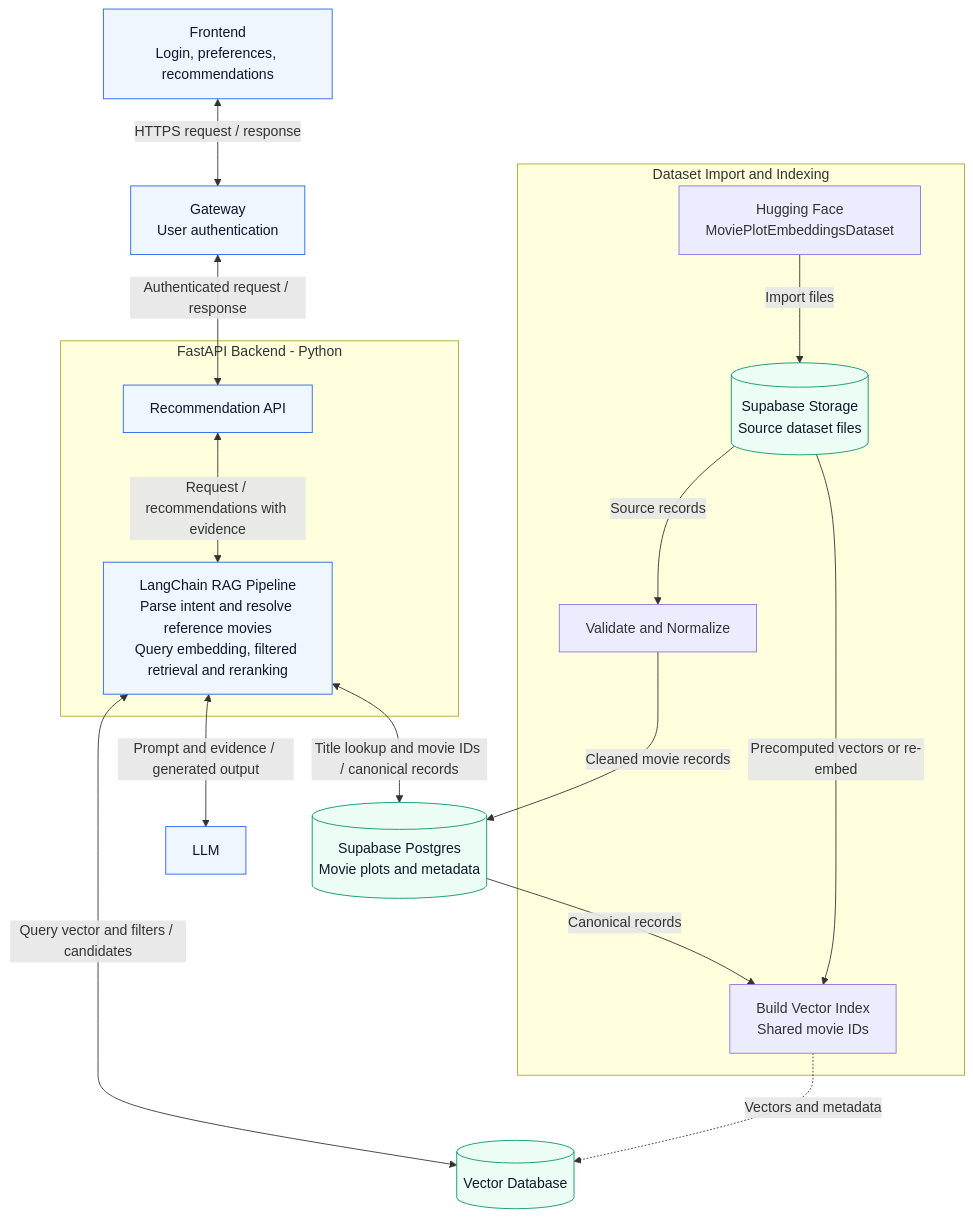
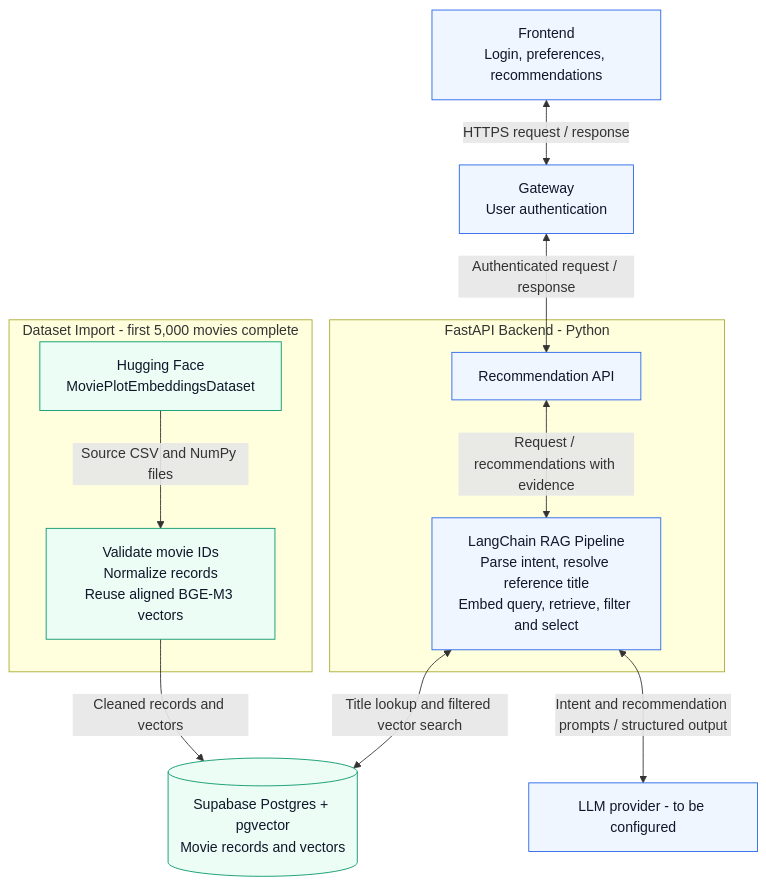
The diagram in docs/project-plan.md (Ed1sonL1-byte/v-me-50), drawn with Mermaid before and after one commit. The commit also changed other lines of this file and 22 other files, not shown here.

Commit message:
Implement LangChain movie recommendation core and Supabase catalog

````diff
--- a/docs/project-plan.md
+++ b/docs/project-plan.md
@@ -18,33 +18,26 @@
 ```mermaid
 flowchart TB
     frontend["Frontend<br/>Login, preferences, recommendations"]
     gateway["Gateway<br/>User authentication"]
     subgraph backend["FastAPI Backend - Python"]
         api["Recommendation API"]
-        chain["LangChain RAG Pipeline<br/>Parse intent and resolve reference movies<br/>Query embedding, filtered retrieval and reranking"]
+        chain["LangChain RAG Pipeline<br/>Parse intent, resolve reference title<br/>Embed query, retrieve, filter and select"]
         api <-->|Request / recommendations with evidence| chain
     end
     frontend <-->|HTTPS request / response| gateway
     gateway <-->|Authenticated request / response| api
-    chain <-->|Query vector and filters / candidates| vector[("Vector Database")]
-    chain <-->|Prompt and evidence / generated output| llm["LLM"]
-    chain <-->|Title lookup and movie IDs / canonical records| postgres[("Supabase Postgres<br/>Movie plots and metadata")]
+    chain <-->|Title lookup and filtered vector search| postgres[("Supabase Postgres + pgvector<br/>Movie records and vectors")]
+    chain <-->|Intent and recommendation prompts / structured output| llm["LLM provider - to be configured"]
 
-    subgraph ingestion["Dataset Import and Indexing"]
+    subgraph ingestion["Dataset Import - first 5,000 movies complete"]
         dataset["Hugging Face<br/>MoviePlotEmbeddingsDataset"]
-        storage[("Supabase Storage<br/>Source dataset files")]
-        clean["Validate and Normalize"]
-        indexer["Build Vector Index<br/>Shared movie IDs"]
-        dataset -->|Import files| storage
-        storage -->|Source records| clean
+        clean["Validate movie IDs<br/>Normalize records<br/>Reuse aligned BGE-M3 vectors"]
+        dataset -->|Source CSV and NumPy files| clean
     end
-    clean -->|Cleaned movie records| postgres
-    postgres -->|Canonical records| indexer
-    storage -->|Precomputed vectors or re-embed| indexer
-    indexer -.->|Vectors and metadata| vector
+    clean -->|Cleaned records and vectors| postgres
 
     classDef service fill:#eff6ff,stroke:#2563eb,color:#0f172a
     classDef data fill:#ecfdf5,stroke:#059669,color:#0f172a
     class frontend,gateway,api,chain,llm service
-    class vector,postgres,storage data
+    class postgres,dataset,clean data
 ```
````
